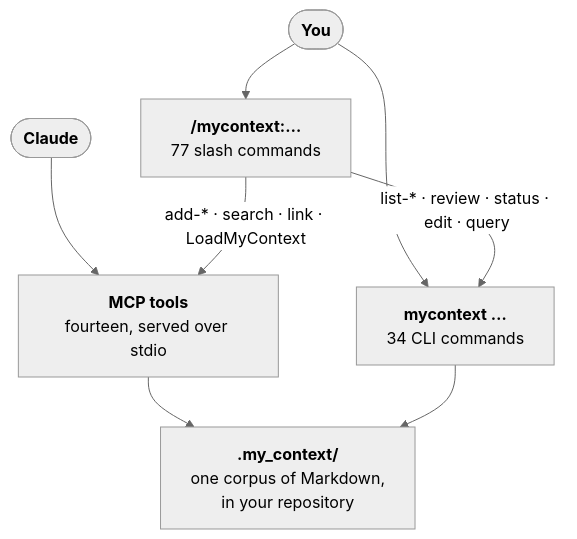
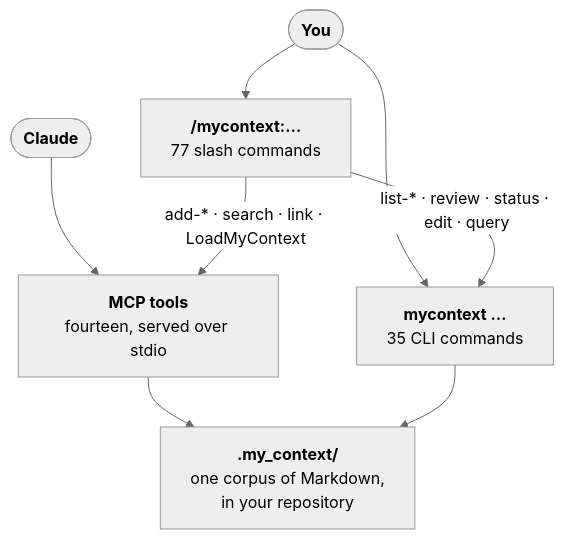
One commit to Dudi-Bar-On/my-context changed the fourth of 5 diagrams in README.md. Above: the diagram before and after it, drawn with Mermaid (neutral theme). The commit also changed other lines of this file and 8 other files, not shown here.

Commit message:
feat(cli): mycontext session list, over the enumeration that already shipped

````diff
--- a/README.md
+++ b/README.md
@@ -1769,10 +1769,10 @@
 ```mermaid
 flowchart TB
   U(["<b>You</b>"]) --> SL["<b>/mycontext:…</b><br/>77 slash commands"]
-  U --> CL["<b>mycontext …</b><br/>34 CLI commands"]
+  U --> CL["<b>mycontext …</b><br/>35 CLI commands"]
   A(["<b>Claude</b>"]) --> TL["<b>MCP tools</b><br/>fourteen, served over stdio"]
   SL -->|"add-* · search · link · LoadMyContext"| TL
   SL -->|"list-* · review · status · edit · query"| CL
   TL --> CO["<b>.my_context/</b><br/>one corpus of Markdown,<br/>in your repository"]
   CL --> CO
 ```
````
